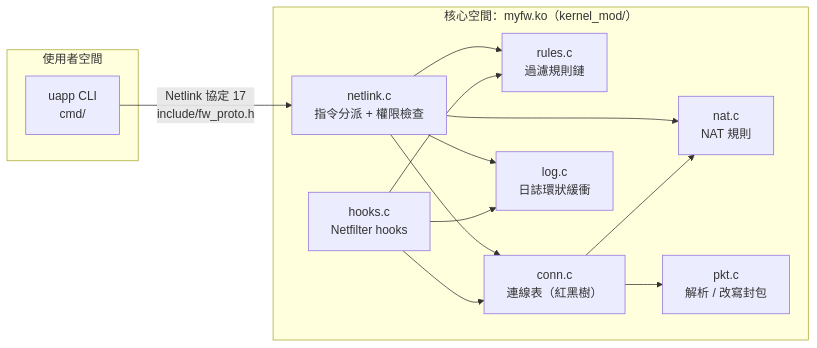
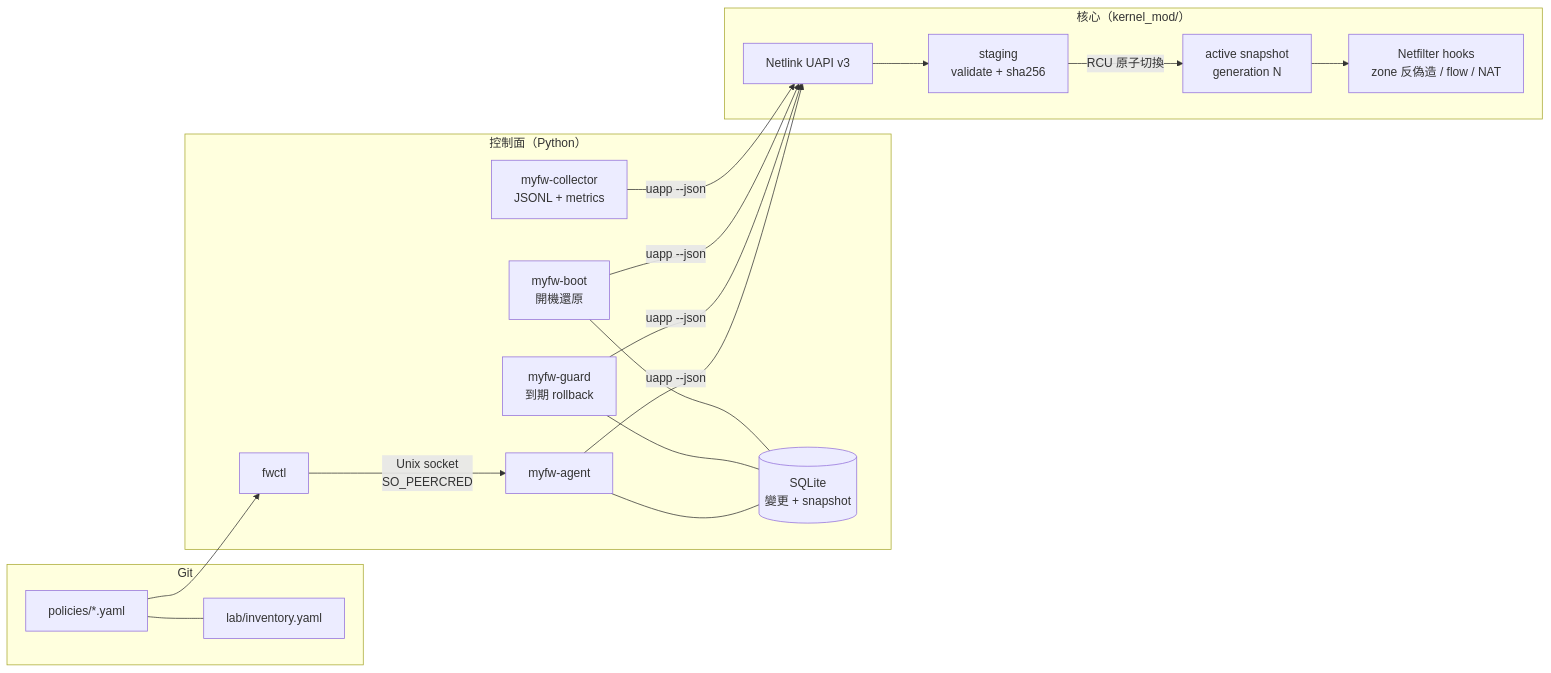
The diagram in README.md (adamboy447/Linux-FireWall), drawn with Mermaid before and after one commit. The commit also changed other lines of this file and 12 other files, not shown here.

````diff
--- a/README.md
+++ b/README.md
@@ -24,19 +41,26 @@
 ```mermaid
 flowchart LR
-    subgraph user["使用者空間"]
-        uapp["uapp CLI<br/>cmd/"]
-    end
-    subgraph kernel["核心空間：myfw.ko（kernel_mod/）"]
-        nl["netlink.c<br/>指令分派 + 權限檢查"]
-        rules["rules.c<br/>過濾規則鏈"]
-        conn["conn.c<br/>連線表（紅黑樹）"]
-        nat["nat.c<br/>NAT 規則"]
-        log["log.c<br/>日誌環狀緩衝"]
-        hooks["hooks.c<br/>Netfilter hooks"]
-        pkt["pkt.c<br/>解析 / 改寫封包"]
-    end
-    uapp -- "Netlink 協定 17<br/>include/fw_proto.h" --> nl
-    nl --> rules & conn & nat & log
-    hooks --> conn & rules & log
-    conn --> nat & pkt
+  subgraph Git
+    P[policies/*.yaml] --- I[lab/inventory.yaml]
+  end
+  subgraph Control["控制面（Python）"]
+    F[fwctl] -->|Unix socket<br/>SO_PEERCRED| A[myfw-agent]
+    G[myfw-guard<br/>到期 rollback]
+    B[myfw-boot<br/>開機還原]
+    C[myfw-collector<br/>JSONL + metrics]
+    DB[(SQLite<br/>變更 + snapshot)]
+    A --- DB
+    G --- DB
+    B --- DB
+  end
+  subgraph Kernel["核心（kernel_mod/）"]
+    N[Netlink UAPI v3] --> S[staging<br/>validate + sha256]
+    S -->|RCU 原子切換| AP[active snapshot<br/>generation N]
+    AP --> H[Netfilter hooks<br/>zone 反偽造 / flow / NAT]
+  end
+  P --> F
+  A -->|uapp --json| N
+  G -->|uapp --json| N
+  B -->|uapp --json| N
+  C -->|uapp --json| N
 ```
````
